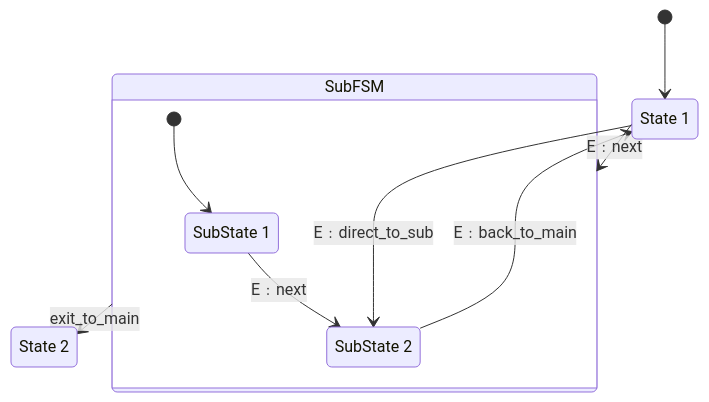
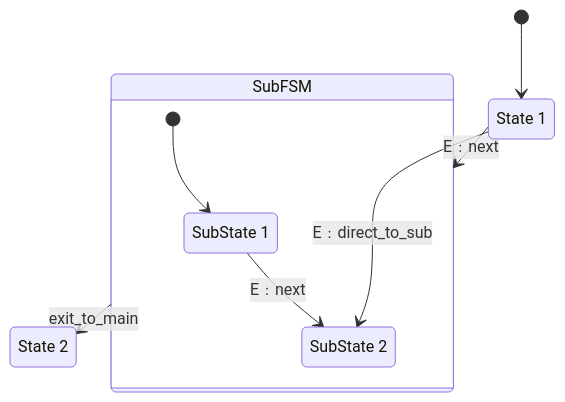
One commit to tongmon/fundamental-practice changed the sixth of 9 diagrams in Programming Pattern/Behavioral Pattern/State.md. Above: the diagram before and after it, drawn with Mermaid. The commit also changed other lines of this file, not shown here.

````diff
--- a/Programming Pattern/Behavioral Pattern/State.md
+++ b/Programming Pattern/Behavioral Pattern/State.md
@@ -1485,18 +1489,17 @@
 ```mermaid
 stateDiagram-v2
     State1: State 1
     State2: State 2
 
     state SubFSM {
         SubState1: SubState 1
         SubState2: SubState 2
         [*] --> SubState1
         SubState1 --> SubState2 : E﹕next
     }
 
     [*] --> State1
     State1 --> SubFSM : E﹕next
     State1 --> SubState2 : E﹕direct_to_sub
-    SubState2 --> State1 : E﹕back_to_main
     SubFSM --> State2 : exit_to_main
 ```
````
